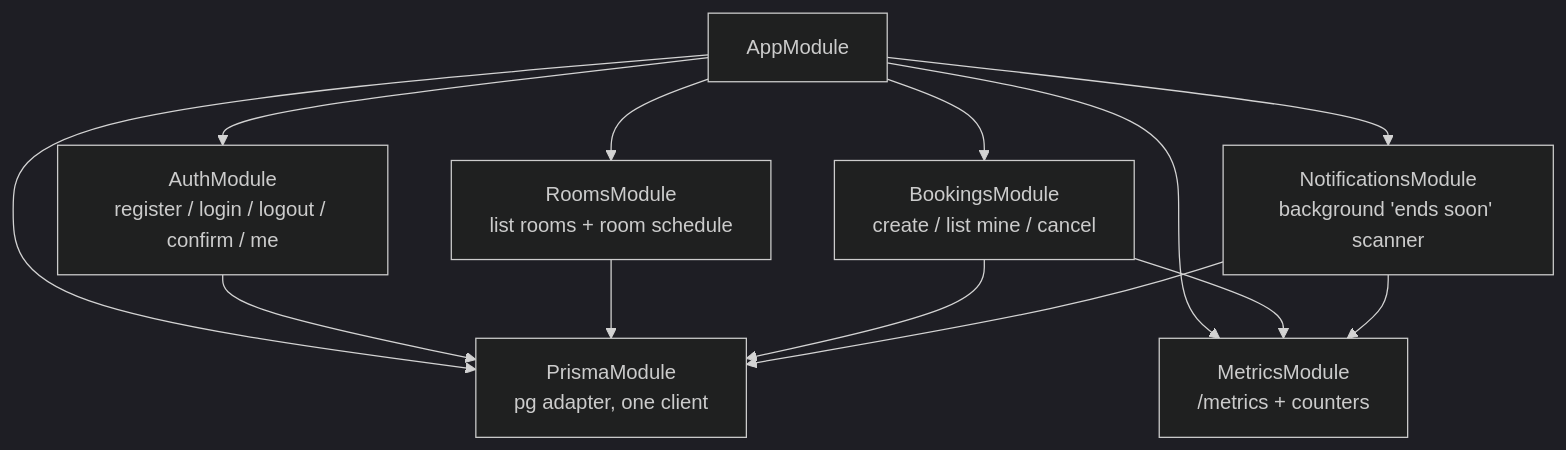
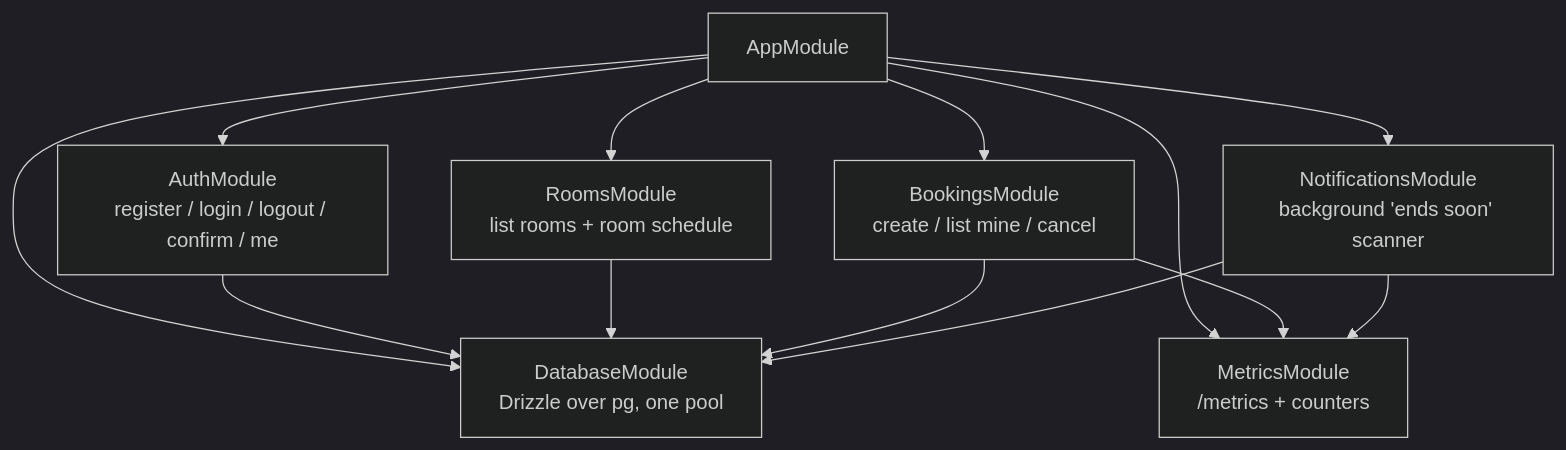
One commit to dmytronedilko/meeting-room-booking changed the fourth of 5 diagrams in docs/Architecture.md. Above: the diagram before and after it, drawn with Mermaid (dark theme). The commit also changed other lines of this file and 55 other files, not shown here.

First line of the commit message:
refactor(backend): migrate from Prisma 7 to Drizzle ORM

````diff
--- a/docs/Architecture.md
+++ b/docs/Architecture.md
@@ -157,16 +153,16 @@
 ```mermaid
 flowchart TB
     App[AppModule]
     App --> Auth[AuthModule<br/>register / login / logout / confirm / me]
     App --> Rooms[RoomsModule<br/>list rooms + room schedule]
     App --> Bookings[BookingsModule<br/>create / list mine / cancel]
     App --> Notif[NotificationsModule<br/>background 'ends soon' scanner]
     App --> Metrics[MetricsModule<br/>/metrics + counters]
-    App --> Prisma[PrismaModule<br/>pg adapter, one client]
-    Auth --> Prisma
-    Rooms --> Prisma
-    Bookings --> Prisma
+    App --> DBM[DatabaseModule<br/>Drizzle over pg, one pool]
+    Auth --> DBM
+    Rooms --> DBM
+    Bookings --> DBM
     Bookings --> Metrics
-    Notif --> Prisma
+    Notif --> DBM
     Notif --> Metrics
 ```
````
